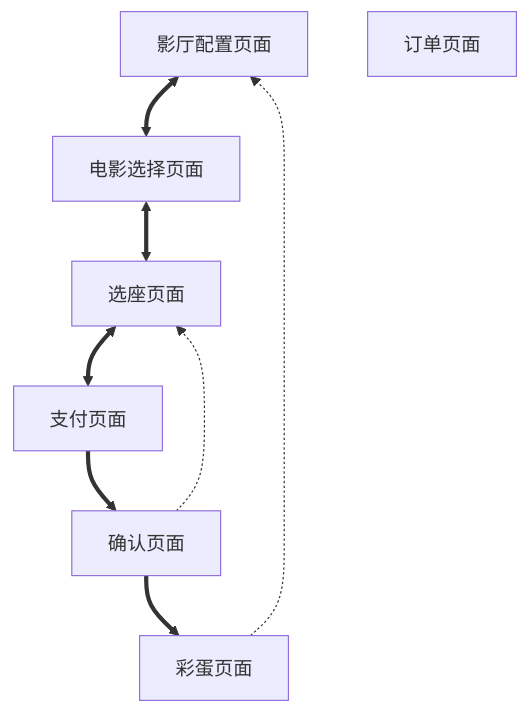
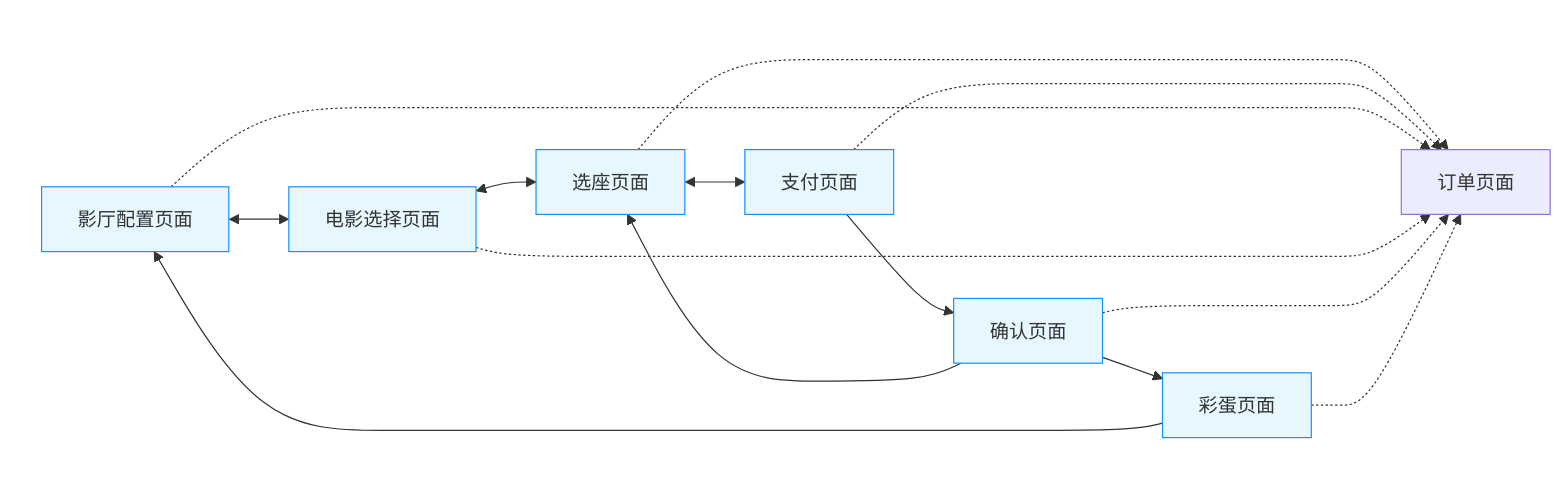
One commit to tingyunaiai9/345-movie-seat-booking changed the diagram in readme.md. Above: the diagram before and after it, drawn with Mermaid. The commit also changed other lines of this file, not shown here.

Commit message:
<docs>(readme.md):补充了文档的选座说明部分，并且优化了绘图逻辑。

````diff
--- a/readme.md
+++ b/readme.md
@@ -181,11 +181,37 @@
 ```mermaid
-graph TD
-    A[影厅配置页面] <==> B[电影选择页面]
-    B <==> C[选座页面]
-    C <==> D[支付页面]
-    D ==> E[确认页面]
-    E -.->  C[选座页面]
-    E ==> F[彩蛋页面]
-    F -.-> A[影厅配置页面]
+graph LR
+    subgraph main [" "]
+        A[影厅配置页面] <--> B[电影选择页面]
+        B <--> C[选座页面]
+        C <--> D[支付页面]
+        D --> E[确认页面]
+        E --> F[彩蛋页面]
+        %% 返回连接
+        E --> C[选座页面]
+        F --> A[影厅配置页面]
+    end
+    
     G[订单页面]
+    
+    %% 从主流程到订单页面的虚线连接
+    C -.-> G
+    D -.-> G
+    
+    
+    
+    %% 订单页面的其他连接
+    A -.-> G
+    B -.-> G
+    E -.-> G
+    F -.-> G
+
+    %% 布局调整
+    classDef mainFlow fill:#e6f7ff,stroke:#1890ff
+    class A,B,C,D,E,F mainFlow
+    class G fill:#f6ffed,stroke:#52c41a
+    
+    %% 隐藏子图边框
+    classDef subgraphStyle fill:transparent,stroke:transparent
+    class main subgraphStyle
+
 ```
````
